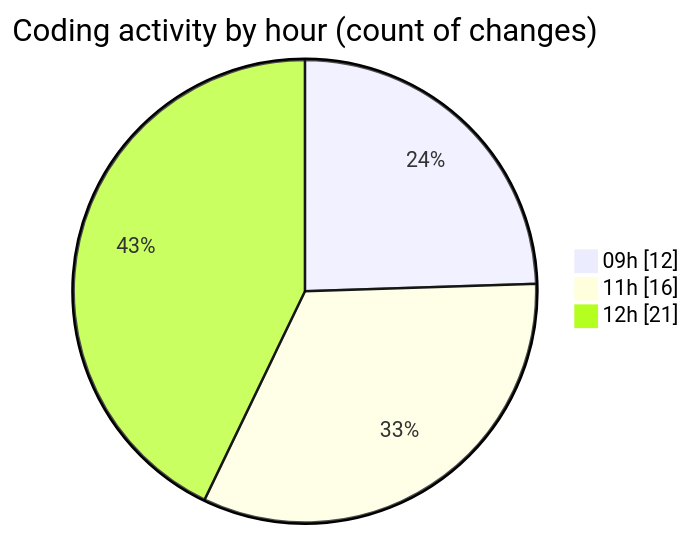
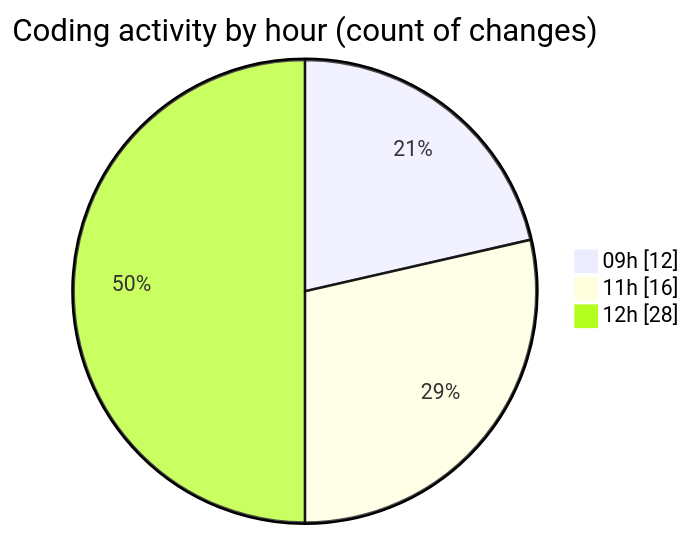
The second of 2 diagrams in 2025-02-20/mbc-web/README.md (robertbonfada/code-tracking), drawn with Mermaid before and after one commit. The commit also changed other lines of this file and 1 other file, not shown here.

````diff
--- a/2025-02-20/mbc-web/README.md
+++ b/2025-02-20/mbc-web/README.md
@@ -52,7 +52,7 @@
 ```mermaid
 pie showData
 title Coding activity by hour (count of changes)
 "09h" : 12
 "11h" : 16
-"12h" : 21
+"12h" : 28
 ```
````
